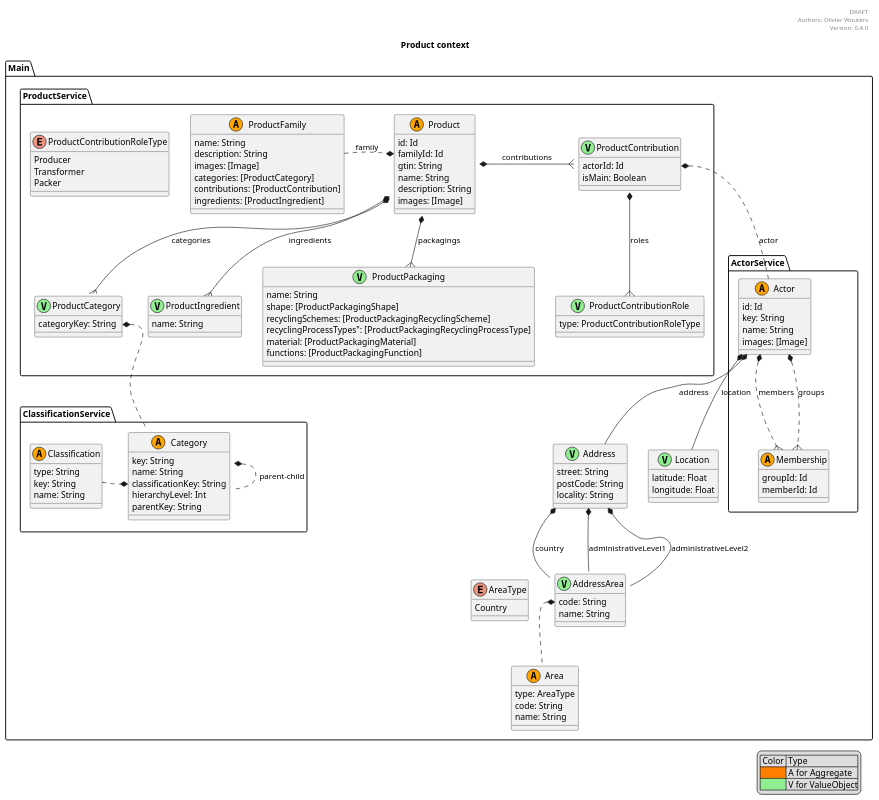
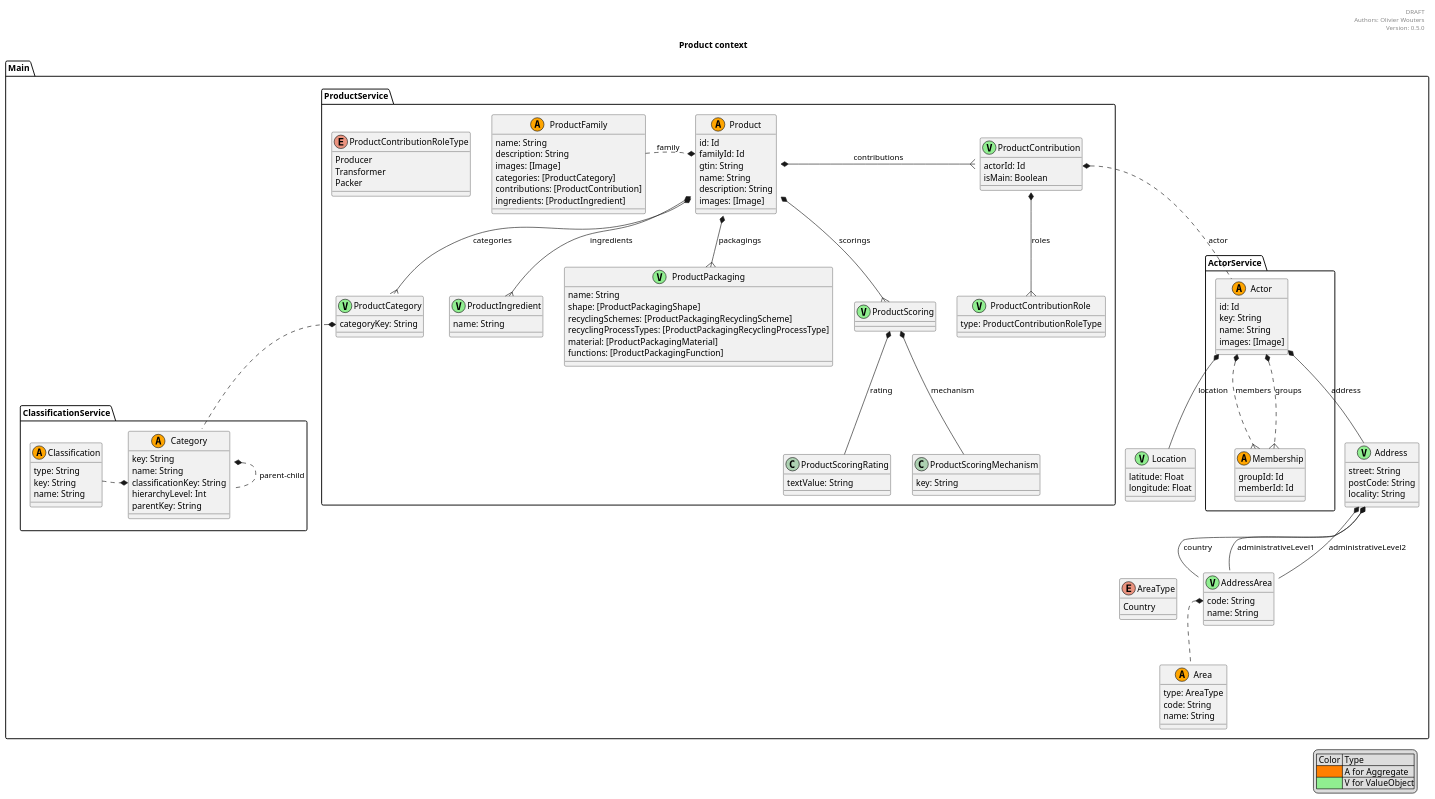
The diagram in product_context.puml (digicirco/short-supply-chains-model), drawn with PlantUML before and after one commit.

Commit message:
Product scoring

```diff
--- a/product_context.puml
+++ b/product_context.puml
@@ -1,161 +1,177 @@
 @startuml
 
 header
 DRAFT
 Authors: Olivier Wouters
-Version: 0.4.0
+Version: 0.5.0
 endheader
 
 legend right
     | Color | Type |
     |<#ff7f00>| A for Aggregate|
     |<#90ee90>| V for ValueObject|
 endlegend
 
 title Product context
 
 namespace Main {
   
   class Address << (V,lightgreen) >> {
     street: String
     postCode: String
     locality: String
   }
   
   Address *-- AddressArea : country
   Address *-- AddressArea : administrativeLevel1
   Address *-- AddressArea : administrativeLevel2
   
   class AddressArea << (V,lightgreen) >> {
     code: String
     name: String
   }
   
   AddressArea::code *.. Area
   
   class Area << (A,orange) >> {
     type: AreaType
     code: String
     name: String
   }
   
   Area .up[hidden]. AreaType
   
   enum AreaType {
       Country
   }
   
   class Location << (V,lightgreen) >> {
       latitude: Float
       longitude: Float
   }
   
   
   namespace ActorService {
   
     class Actor << (A,orange) >> {
       id: Id
       key: String
       name: String
       images: [Image]
     }
     
     Actor *-- Main.Address : address
     Actor *-- Main.Location : location
     
     class Membership << (A,orange) >> {
       groupId: Id
       memberId: Id
     }
   
     Actor *..{ Membership : members
     Actor *..{ Membership : groups
   }
   
   namespace ClassificationService {
     
     class Classification << (A,orange) >> {
       type: String
       key: String
       name: String
     }
     
     class Category << (A,orange) >> {
       key: String
       name: String
       classificationKey: String
       hierarchyLevel: Int
       parentKey: String
     }
     
     Category::classificationKey *.left. Classification
     Category *.right. Category : parent-child
   }
   
   namespace ProductService {
   
     class Product << (A,orange) >> {
       id: Id
       familyId: Id
       gtin: String
       name: String
       description: String
       images: [Image]
     }
     
     Product *-right-{ ProductContribution : contributions
     Product *-down-{ ProductCategory :  categories
     Product::familyId *.left. ProductFamily : family
     Product *--{ ProductIngredient : ingredients
     Product *--{ ProductPackaging : packagings
+    Product *--{ ProductScoring : scorings
     
     class ProductContribution << (V,lightgreen) >> {
         actorId: Id
         isMain: Boolean
     }
     
    ProductContribution::actorId *..  Main.ActorService.Actor : actor
     
     ProductContribution *-down-{ ProductContributionRole : roles
     
     enum ProductContributionRoleType {
       Producer
       Transformer
       Packer
     }
     
     class ProductContributionRole << (V,lightgreen) >> {
       type: ProductContributionRoleType
     }
     
     class ProductCategory << (V,lightgreen) >> {
       categoryKey: String
     }
   
     ProductCategory::categoryKey *.down. Main.ClassificationService.Category
     
     class ProductIngredient << (V,lightgreen) >> {
         name: String
     }
     
     class ProductPackaging << (V,lightgreen) >> {
       name: String
       shape: [ProductPackagingShape]
       recyclingSchemes: [ProductPackagingRecyclingScheme]
-      recyclingProcessTypes": [ProductPackagingRecyclingProcessType]
+      recyclingProcessTypes: [ProductPackagingRecyclingProcessType]
       material: [ProductPackagingMaterial]
       functions: [ProductPackagingFunction]
+    }
+    
+    class ProductScoring << (V,lightgreen) >> {
+      
+    }
+    
+    ProductScoring *-- ProductScoringRating : rating
+    ProductScoring *-- ProductScoringMechanism : mechanism
+    
+    class ProductScoringRating {
+      textValue: String
+    }
+    
+    class ProductScoringMechanism {
+      key: String
     }
     
     class ProductFamily << (A,orange) >> {
       name: String
       description: String
       images: [Image]
       categories: [ProductCategory]
       contributions: [ProductContribution]
       ingredients: [ProductIngredient]
     }
   }
 }
 
 @enduml
```
